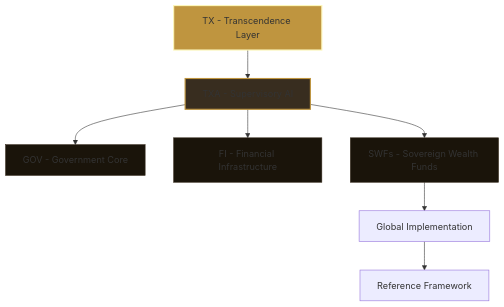
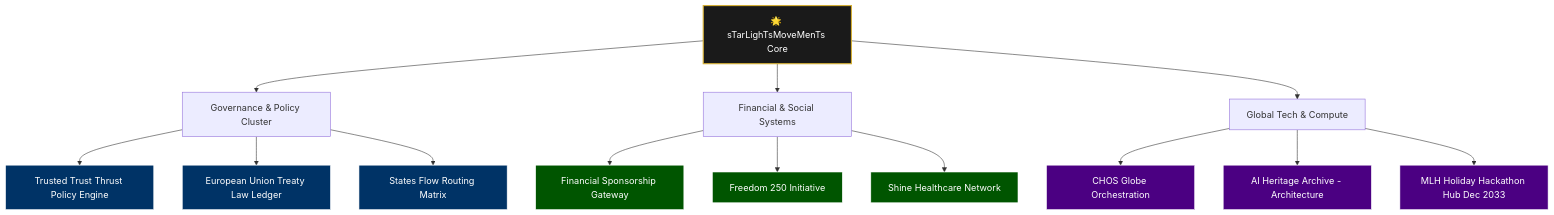
One commit to WorldWide-Since-2026-We-Trusted-Since/sTarLighTsMoveMenTs---Official-Corporation-from-EU-UNION-NATO-Pentagon-UN changed the first of 2 diagrams in README.md. Above: the diagram before and after it, drawn with Mermaid. The commit also changed other lines of this file, not shown here.

````diff
--- a/README.md
+++ b/README.md
@@ -74,15 +54,27 @@
 ```mermaid
-flowchart TB
-    TX[TX - Transcendence Layer] --> TXA[TXA - Supervisory AI]
-    TXA --> GOV[GOV - Government Core]
-    TXA --> FI[FI - Financial Infrastructure]
-    TXA --> SWFs[SWFs - Sovereign Wealth Funds]
-    SWFs --> IMP[Global Implementation]
-    IMP --> FRAME[Reference Framework]
-    
-    style TX fill:#bf953f,stroke:#fcf6ba,stroke-width:2px
-    style TXA fill:#382d1f,stroke:#bf953f,stroke-width:2px
-    style GOV fill:#1a140a,stroke:#382d1f
-    style FI fill:#1a140a,stroke:#382d1f
-    style SWFs fill:#1a140a,stroke:#382d1f
+graph TD
+    Root[🌟 sTarLighTsMoveMenTs Core]:::foundation
+
+    %% Level 1: Governance & Policy
+    Root --> Gov[Governance & Policy Cluster]
+    Gov --> PTT[Trusted Trust Thrust Policy Engine]:::policy
+    Gov --> EUTL[European Union Treaty Law Ledger]:::policy
+    Gov --> SFW[States Flow Routing Matrix]:::policy
+
+    %% Level 2: Finance & Care
+    Root --> Fin[Financial & Social Systems]
+    Fin --> WBA[Financial Sponsorship Gateway]:::finance
+    Fin --> F250[Freedom 250 Initiative]:::finance
+    Fin --> SSHC[Shine Healthcare Network]:::finance
+
+    %% Level 3: Tech & Orchestration
+    Root --> Tech[Global Tech & Compute]
+    Tech --> CHOS[CHOS Globe Orchestration]:::tech
+    Tech --> AITH[AI Heritage Archive - Architecture]:::tech
+    Tech --> HACK[MLH Holiday Hackathon Hub Dec 2033]:::tech
+
+    classDef foundation fill:#1a1a1a,stroke:#d4af37,stroke-width:2px,color:#fff
+    classDef policy fill:#003366,stroke:#fff,stroke-width:1px,color:#fff
+    classDef finance fill:#005500,stroke:#fff,stroke-width:1px,color:#fff
+    classDef tech fill:#4b0082,stroke:#fff,stroke-width:1px,color:#fff
 ```
````
